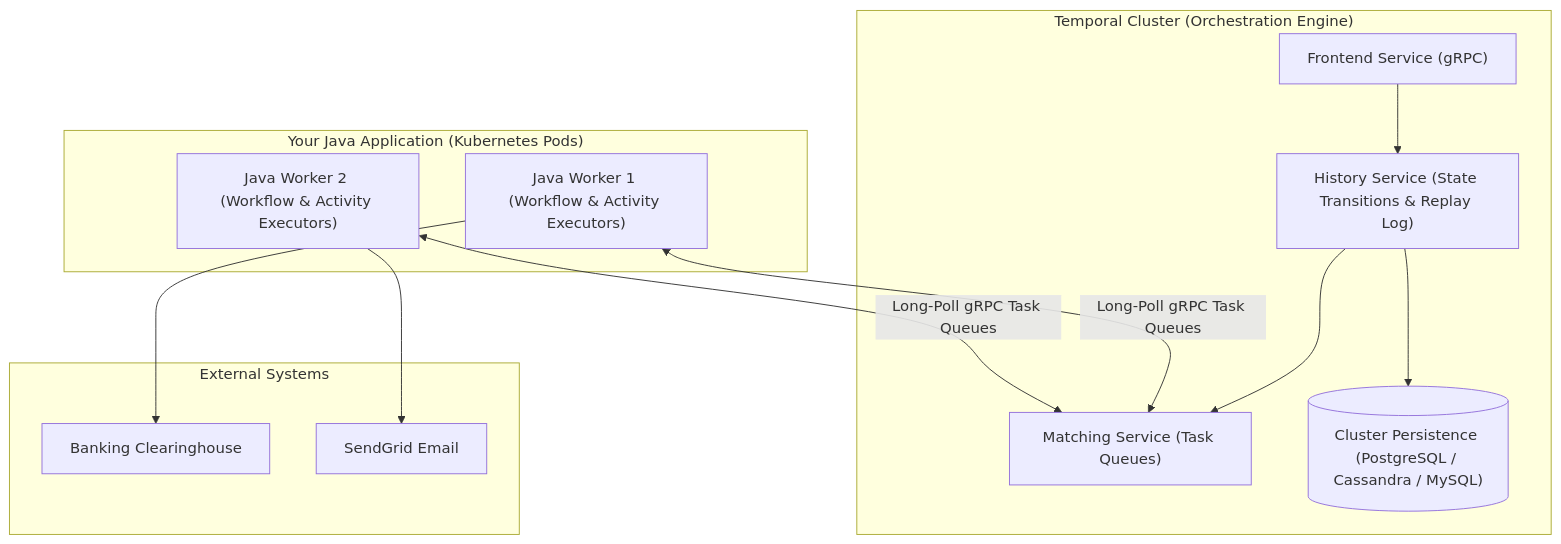
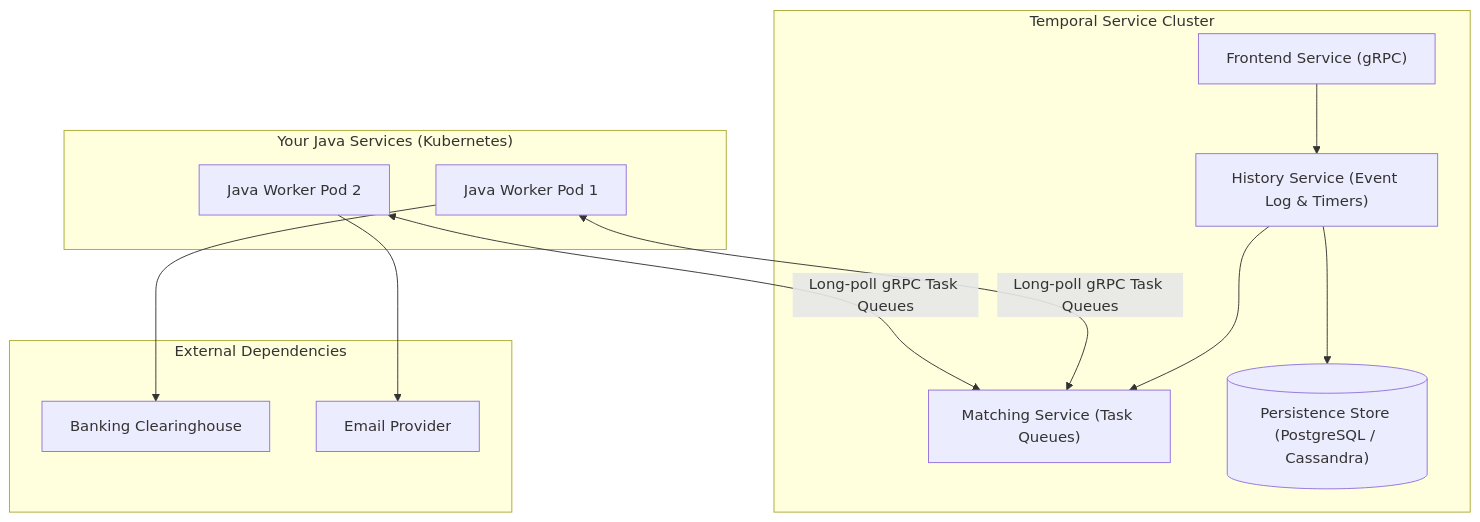
One commit to ravishankar2463/java_hub changed the first of 2 diagrams in content/roadmap/level-11/long-running-workflows-with-temporal.md. Above: the diagram before and after it, drawn with Mermaid. The commit also changed other lines of this file and 119 other files, not shown here.

Commit message:
feat: add comprehensive java learning roadmap content across multiple levels

````diff
--- a/content/roadmap/level-11/long-running-workflows-with-temporal.md
+++ b/content/roadmap/level-11/long-running-workflows-with-temporal.md
@@ -55,29 +68,29 @@
 ```mermaid
 flowchart TD
-    subgraph TemporalCluster["Temporal Cluster (Orchestration Engine)"]
+    subgraph TemporalCluster["Temporal Service Cluster"]
         Frontend["Frontend Service (gRPC)"]
-        History["History Service (State Transitions & Replay Log)"]
+        History["History Service (Event Log & Timers)"]
         Matching["Matching Service (Task Queues)"]
-        DB[("Cluster Persistence (PostgreSQL / Cassandra / MySQL)")]
-        
+        DB[("Persistence Store (PostgreSQL / Cassandra)")]
+
         Frontend --> History
         History --> Matching
         History --> DB
     end
 
-    subgraph UserWorkers["Your Java Application (Kubernetes Pods)"]
-        Worker1["Java Worker 1 (Workflow & Activity Executors)"]
-        Worker2["Java Worker 2 (Workflow & Activity Executors)"]
+    subgraph AppCluster["Your Java Services (Kubernetes)"]
+        Worker1["Java Worker Pod 1"]
+        Worker2["Java Worker Pod 2"]
     end
 
-    subgraph ExternalWorld["External Systems"]
+    subgraph External["External Dependencies"]
         BankAPI["Banking Clearinghouse"]
-        EmailAPI["SendGrid Email"]
+        EmailAPI["Email Provider"]
     end
 
-    Worker1 <-->|"Long-Poll gRPC Task Queues"| Matching
-    Worker2 <-->|"Long-Poll gRPC Task Queues"| Matching
+    Worker1 <-->|"Long-poll gRPC Task Queues"| Matching
+    Worker2 <-->|"Long-poll gRPC Task Queues"| Matching
 
     Worker1 --> BankAPI
     Worker2 --> EmailAPI
 ```
````
